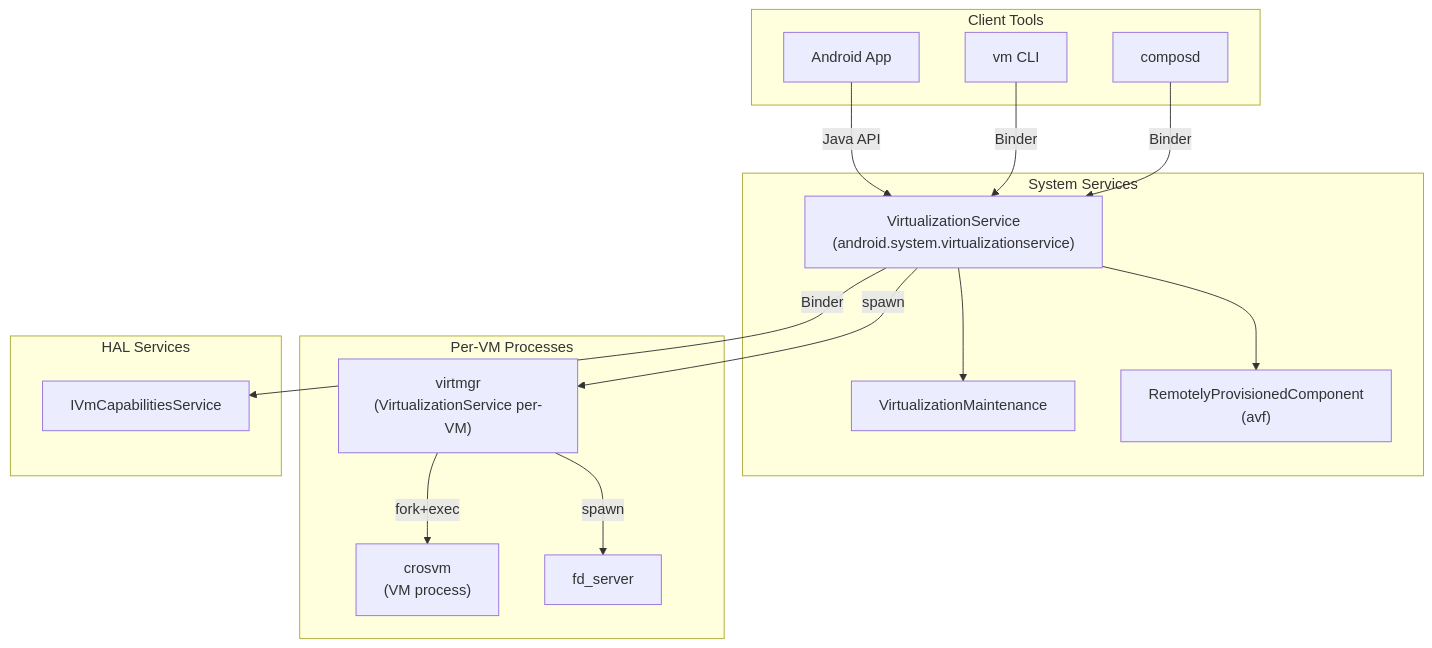
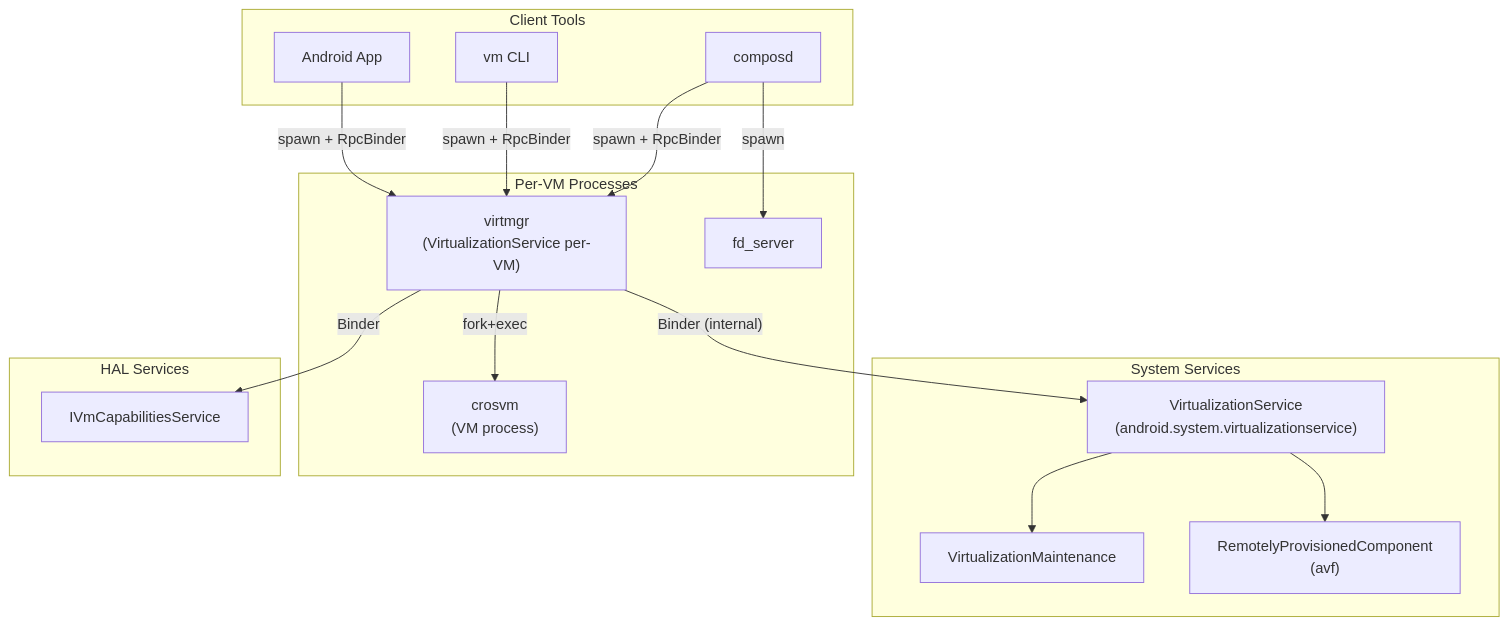
Diagram 12 of 38 in 56-virtualization.md (aospbooks/aosp-internal-book), drawn with Mermaid before and after one commit. The commit also changed other lines of this file and 218 other files, not shown here.

````diff
--- a/56-virtualization.md
+++ b/56-virtualization.md
@@ -1512,34 +1522,34 @@
 ```mermaid
 graph TB
     subgraph "System Services"
         VS["VirtualizationService\n(android.system.virtualizationservice)"]
         MAINT["VirtualizationMaintenance"]
         RPC["RemotelyProvisionedComponent\n(avf)"]
     end
 
     subgraph "Per-VM Processes"
         VIRTMGR["virtmgr\n(VirtualizationService per-VM)"]
         CROSVM["crosvm\n(VM process)"]
         FD_SERVER["fd_server"]
     end
 
     subgraph "Client Tools"
         VM_CLI["vm CLI"]
         COMPOSD["composd"]
         APP["Android App"]
     end
 
     subgraph "HAL Services"
         CAPS["IVmCapabilitiesService"]
     end
 
-    APP -->|"Java API"| VS
-    VM_CLI -->|"Binder"| VS
-    COMPOSD -->|"Binder"| VS
-    VS -->|"spawn"| VIRTMGR
+    APP -->|"spawn + RpcBinder"| VIRTMGR
+    VM_CLI -->|"spawn + RpcBinder"| VIRTMGR
+    COMPOSD -->|"spawn + RpcBinder"| VIRTMGR
+    VIRTMGR -->|"Binder (internal)"| VS
     VIRTMGR -->|"fork+exec"| CROSVM
-    VIRTMGR -->|"spawn"| FD_SERVER
-    VS -->|"Binder"| CAPS
+    COMPOSD -->|"spawn"| FD_SERVER
+    VIRTMGR -->|"Binder"| CAPS
     VS --> MAINT
     VS --> RPC
 ```
````
